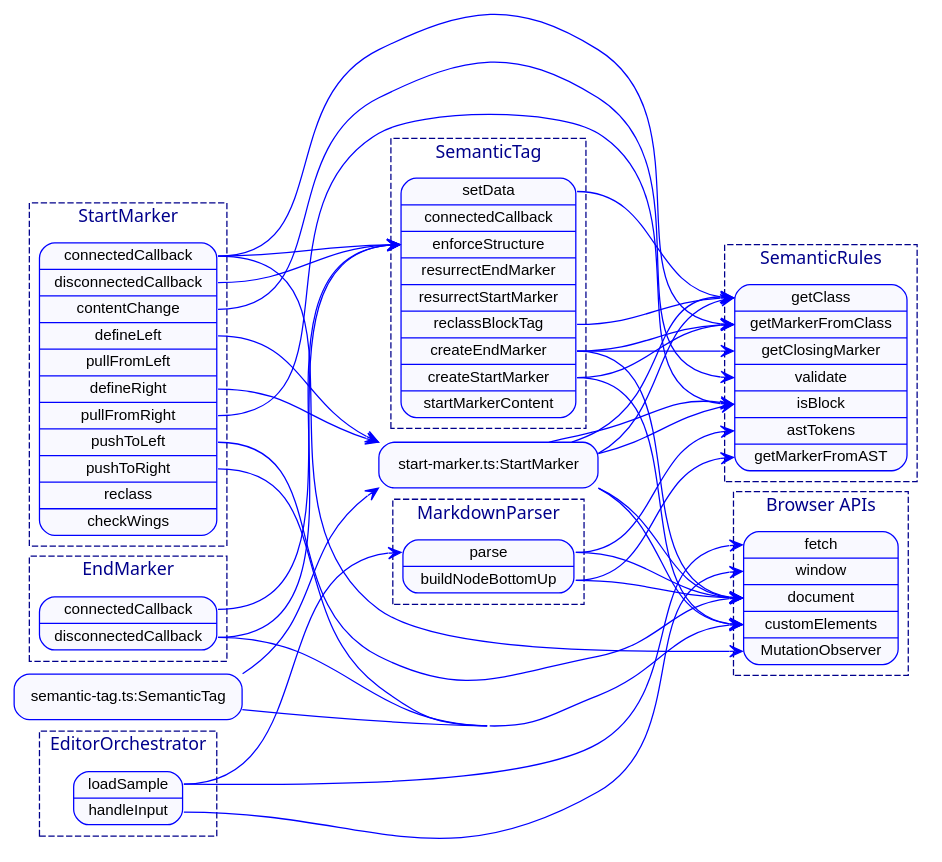
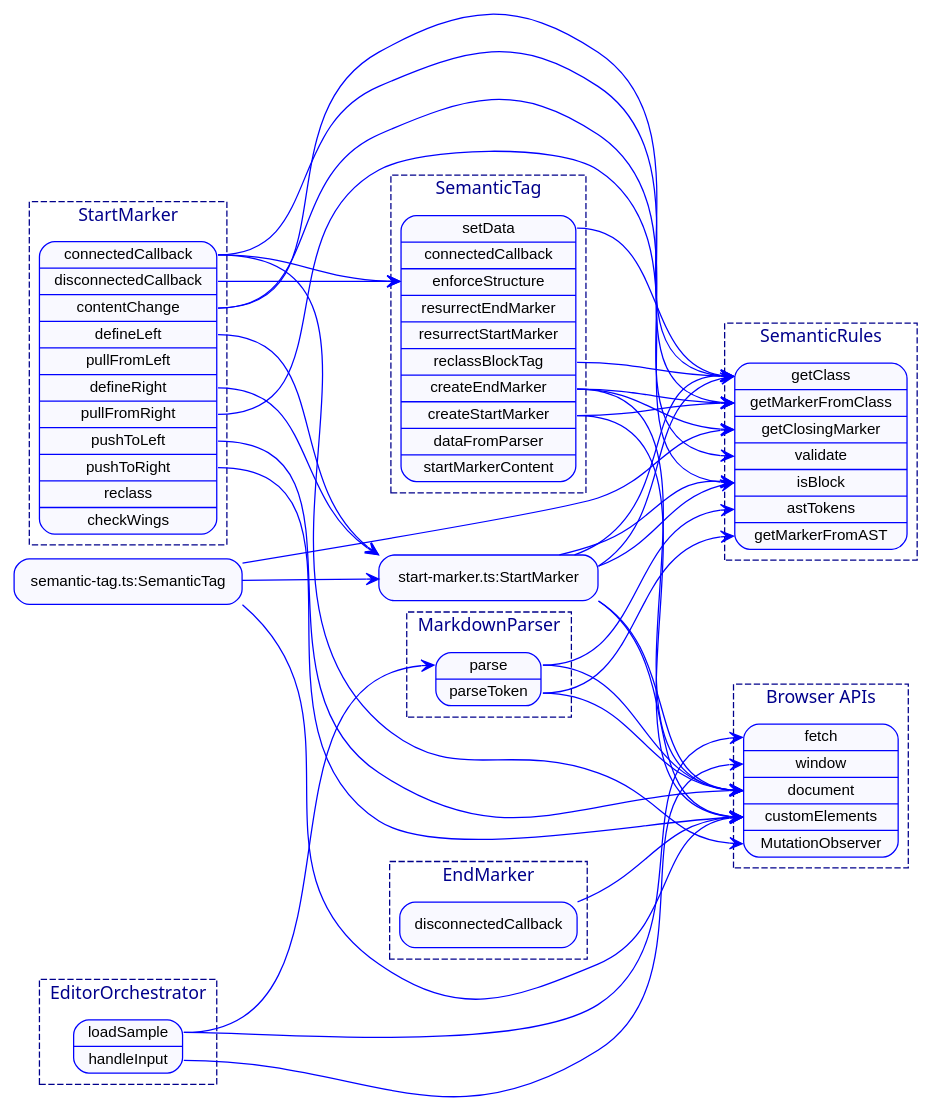
The diagram in reports/logic-graph.dot (invisement/markdown-presentation), drawn with Graphviz before and after one commit. The commit also changed 1684 other files, not shown here.

```diff
--- a/reports/logic-graph.dot
+++ b/reports/logic-graph.dot
@@ -1,72 +1,73 @@
 digraph logic {
   graph [fontname="system-ui"; fontcolor=darkblue; fontsize=14; style="dashed" rankdir="LR"; concentrate=true; overlap=false; splines=true; color=darkblue; ranksep=1.5;];
   node [fontname="sans-serif"; shape=Mrecord, fontsize=12, color=blue, style=filled, fillcolor="#f9f9ff"];
   edge [fontsize=12, color=blue, arrowhead=vee];
 
   subgraph "cluster_EditorOrchestrator" {
     label = "EditorOrchestrator";
     "editor-orchestrator.ts:EditorOrchestrator" [label="<loadSample> loadSample | <handleInput> handleInput", URL="editor-orchestrator.ts", tooltip="editor-orchestrator.ts"];
   }
   subgraph "cluster_MarkdownParser" {
     label = "MarkdownParser";
-    "markdown-parser.ts:MarkdownParser" [label="<parse> parse | <buildNodeBottomUp> buildNodeBottomUp", URL="markdown-parser.ts", tooltip="markdown-parser.ts"];
+    "markdown-parser.ts:MarkdownParser" [label="<parse> parse | <parseToken> parseToken", URL="markdown-parser.ts", tooltip="markdown-parser.ts"];
   }
   subgraph "cluster_SemanticTag" {
     label = "SemanticTag";
-    "semantic-tag.backup.ts:SemanticTag" [label="<setData> setData | <connectedCallback> connectedCallback | <enforceStructure> enforceStructure | <resurrectEndMarker> resurrectEndMarker | <resurrectStartMarker> resurrectStartMarker | <reclassBlockTag> reclassBlockTag | <createEndMarker> createEndMarker | <createStartMarker> createStartMarker | <startMarkerContent> startMarkerContent", URL="semantic-tag.backup.ts", tooltip="semantic-tag.backup.ts"];
+    "semantic-tag.backup.ts:SemanticTag" [label="<setData> setData | <connectedCallback> connectedCallback | <enforceStructure> enforceStructure | <resurrectEndMarker> resurrectEndMarker | <resurrectStartMarker> resurrectStartMarker | <reclassBlockTag> reclassBlockTag | <createEndMarker> createEndMarker | <createStartMarker> createStartMarker | <dataFromParser> dataFromParser | <startMarkerContent> startMarkerContent", URL="semantic-tag.backup.ts", tooltip="semantic-tag.backup.ts"];
   }
   subgraph "cluster_SemanticRules" {
     label = "SemanticRules";
     "semantic-rules.ts:SemanticRules" [label="<getClass> getClass | <getMarkerFromClass> getMarkerFromClass | <getClosingMarker> getClosingMarker | <validate> validate | <isBlock> isBlock | <astTokens> astTokens | <getMarkerFromAST> getMarkerFromAST", URL="semantic-rules.ts", tooltip="semantic-rules.ts"];
   }
   subgraph "cluster_EndMarker" {
     label = "EndMarker";
-    "end-marker.ts:EndMarker" [label="<connectedCallback> connectedCallback | <disconnectedCallback> disconnectedCallback", URL="end-marker.ts", tooltip="end-marker.ts"];
+    "end-marker.ts:EndMarker" [label="<disconnectedCallback> disconnectedCallback", URL="end-marker.ts", tooltip="end-marker.ts"];
   }
   subgraph "cluster_StartMarker" {
     label = "StartMarker";
     "start-marker.backup.ts:StartMarker" [label="<connectedCallback> connectedCallback | <disconnectedCallback> disconnectedCallback | <contentChange> contentChange | <defineLeft> defineLeft | <pullFromLeft> pullFromLeft | <defineRight> defineRight | <pullFromRight> pullFromRight | <pushToLeft> pushToLeft | <pushToRight> pushToRight | <reclass> reclass | <checkWings> checkWings", URL="start-marker.backup.ts", tooltip="start-marker.backup.ts"];
   }
   subgraph cluster_browser {
     label = "Browser APIs";
     "Browser" [label="<fetch> fetch | <window> window | <document> document | <customElements> customElements | <MutationObserver> MutationObserver"];
   }
   "editor-orchestrator.ts:EditorOrchestrator":"handleInput" -> "Browser":"window";
   "editor-orchestrator.ts:EditorOrchestrator":"loadSample" -> "Browser":"fetch";
   "editor-orchestrator.ts:EditorOrchestrator":"loadSample" -> "markdown-parser.ts:MarkdownParser":"parse";
-  "end-marker.ts:EndMarker":"connectedCallback" -> "semantic-tag.backup.ts:SemanticTag":"enforceStructure";
   "end-marker.ts:EndMarker":"disconnectedCallback" -> "Browser":"customElements";
-  "end-marker.ts:EndMarker":"disconnectedCallback" -> "semantic-tag.backup.ts:SemanticTag":"enforceStructure";
-  "markdown-parser.ts:MarkdownParser":"buildNodeBottomUp" -> "Browser":"document";
-  "markdown-parser.ts:MarkdownParser":"buildNodeBottomUp" -> "semantic-rules.ts:SemanticRules":"getMarkerFromAST";
   "markdown-parser.ts:MarkdownParser":"parse" -> "Browser":"document";
   "markdown-parser.ts:MarkdownParser":"parse" -> "semantic-rules.ts:SemanticRules":"astTokens";
+  "markdown-parser.ts:MarkdownParser":"parseToken" -> "Browser":"document";
+  "markdown-parser.ts:MarkdownParser":"parseToken" -> "semantic-rules.ts:SemanticRules":"getMarkerFromAST";
   "semantic-tag.backup.ts:SemanticTag":"createEndMarker" -> "Browser":"document";
   "semantic-tag.backup.ts:SemanticTag":"createEndMarker" -> "semantic-rules.ts:SemanticRules":"getClosingMarker";
   "semantic-tag.backup.ts:SemanticTag":"createEndMarker" -> "semantic-rules.ts:SemanticRules":"getMarkerFromClass";
   "semantic-tag.backup.ts:SemanticTag":"createStartMarker" -> "Browser":"customElements";
   "semantic-tag.backup.ts:SemanticTag":"createStartMarker" -> "semantic-rules.ts:SemanticRules":"getMarkerFromClass";
   "semantic-tag.backup.ts:SemanticTag":"reclassBlockTag" -> "semantic-rules.ts:SemanticRules":"getClass";
   "semantic-tag.backup.ts:SemanticTag":"setData" -> "semantic-rules.ts:SemanticRules":"getClass";
+  "semantic-tag.ts:SemanticTag":"dataFromParser" -> "Browser":"document";
+  "semantic-tag.ts:SemanticTag":"dataFromParser" -> "semantic-rules.ts:SemanticRules":"getClass";
+  "semantic-tag.ts:SemanticTag":"dataFromParser" -> "semantic-rules.ts:SemanticRules":"getClosingMarker";
   "semantic-tag.ts:SemanticTag":"startMarkerContent" -> "Browser":"customElements";
   "semantic-tag.ts:SemanticTag":"startMarkerContent" -> "start-marker.ts:StartMarker":"reclass";
   "start-marker.backup.ts:StartMarker":"connectedCallback" -> "Browser":"MutationObserver";
   "start-marker.backup.ts:StartMarker":"connectedCallback" -> "semantic-rules.ts:SemanticRules":"getMarkerFromClass";
   "start-marker.backup.ts:StartMarker":"connectedCallback" -> "semantic-tag.backup.ts:SemanticTag":"enforceStructure";
   "start-marker.backup.ts:StartMarker":"contentChange" -> "semantic-rules.ts:SemanticRules":"getClass";
   "start-marker.backup.ts:StartMarker":"contentChange" -> "semantic-rules.ts:SemanticRules":"validate";
   "start-marker.backup.ts:StartMarker":"defineLeft" -> "start-marker.ts:StartMarker":"pullFromLeft";
   "start-marker.backup.ts:StartMarker":"defineRight" -> "start-marker.ts:StartMarker":"pullFromRight";
   "start-marker.backup.ts:StartMarker":"disconnectedCallback" -> "semantic-tag.backup.ts:SemanticTag":"enforceStructure";
   "start-marker.backup.ts:StartMarker":"pullFromLeft" -> "semantic-rules.ts:SemanticRules":"isBlock";
   "start-marker.backup.ts:StartMarker":"pullFromRight" -> "semantic-rules.ts:SemanticRules":"isBlock";
   "start-marker.backup.ts:StartMarker":"pushToLeft" -> "Browser":"document";
   "start-marker.backup.ts:StartMarker":"pushToRight" -> "Browser":"customElements";
   "start-marker.backup.ts:StartMarker":"pushToRight" -> "Browser":"document";
   "start-marker.ts:StartMarker":"checkWings" -> "semantic-rules.ts:SemanticRules":"getClass";
   "start-marker.ts:StartMarker":"connectedCallback" -> "Browser":"customElements";
   "start-marker.ts:StartMarker":"connectedCallback" -> "Browser":"document";
   "start-marker.ts:StartMarker":"pullFromLeft" -> "semantic-rules.ts:SemanticRules":"isBlock";
   "start-marker.ts:StartMarker":"pullFromRight" -> "semantic-rules.ts:SemanticRules":"isBlock";
   "start-marker.ts:StartMarker":"reclass" -> "semantic-rules.ts:SemanticRules":"getClass";
 }
```
